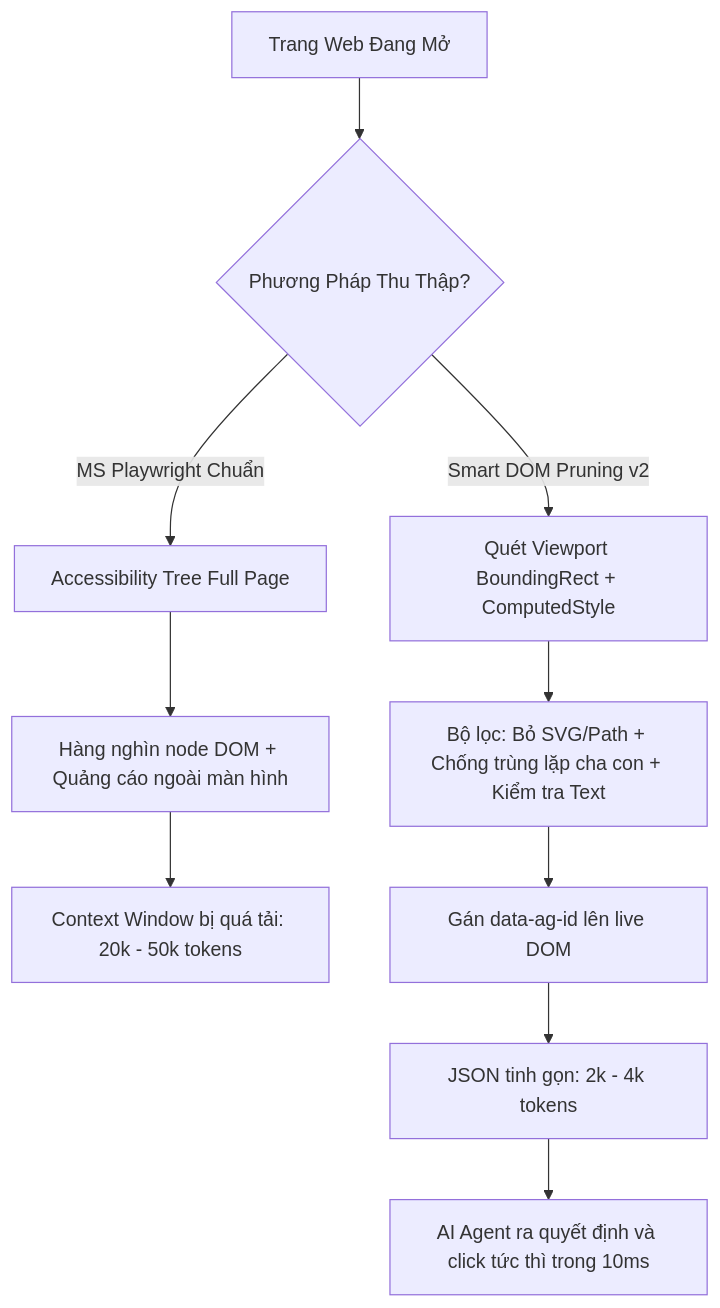
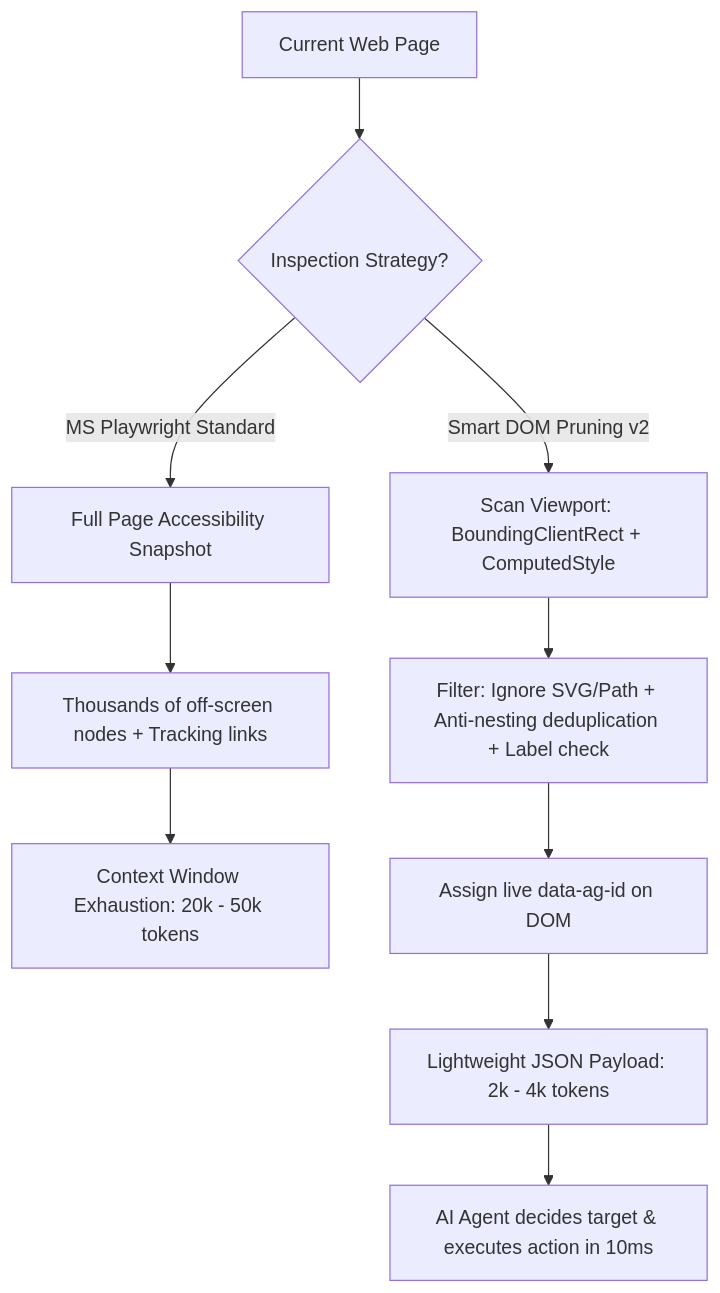
Before and after one commit to tqctqc1/playwright-smart-pruning: the diagram in README.md, drawn with Mermaid. The commit also changed other lines of this file, not shown here.

````diff
--- a/README.md
+++ b/README.md
@@ -36,14 +38,14 @@
 ```mermaid
 graph TD
-    A[Trang Web Đang Mở] --> B{Phương Pháp Thu Thập?}
+    A[Current Web Page] --> B{Inspection Strategy?}
     
-    B -->|MS Playwright Chuẩn| C[Accessibility Tree Full Page]
-    C --> D[Hàng nghìn node DOM + Quảng cáo ngoài màn hình]
-    D --> E[Context Window bị quá tải: 20k - 50k tokens]
+    B -->|MS Playwright Standard| C[Full Page Accessibility Snapshot]
+    C --> D[Thousands of off-screen nodes + Tracking links]
+    D --> E[Context Window Exhaustion: 20k - 50k tokens]
     
-    B -->|Smart DOM Pruning v2| F[Quét Viewport BoundingRect + ComputedStyle]
-    F --> G[Bộ lọc: Bỏ SVG/Path + Chống trùng lặp cha con + Kiểm tra Text]
-    G --> H[Gán data-ag-id lên live DOM]
-    H --> I[JSON tinh gọn: 2k - 4k tokens]
-    I --> J[AI Agent ra quyết định và click tức thì trong 10ms]
+    B -->|Smart DOM Pruning v2| F[Scan Viewport: BoundingClientRect + ComputedStyle]
+    F --> G[Filter: Ignore SVG/Path + Anti-nesting deduplication + Label check]
+    G --> H[Assign live data-ag-id on DOM]
+    H --> I[Lightweight JSON Payload: 2k - 4k tokens]
+    I --> J[AI Agent decides target & executes action in 10ms]
 ```
````
